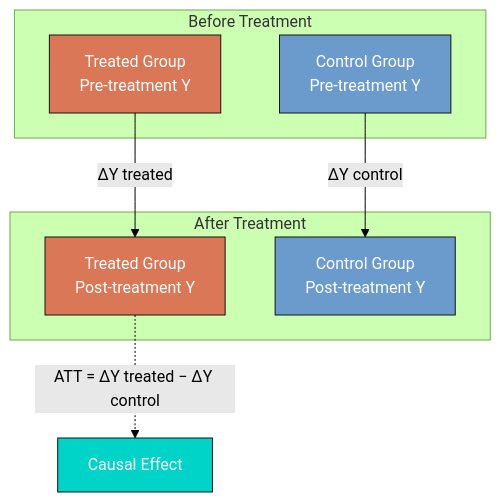
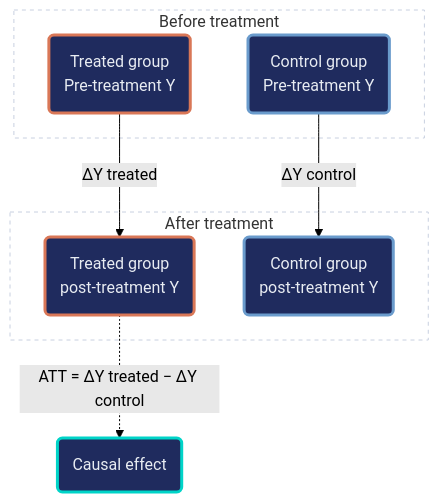
One commit to cmg777/starter-academic-v501 changed the diagram in content/post/r_did/tutorial.qmd. Above: the diagram before and after it, drawn with Mermaid (forest theme). The commit also changed other lines of this file and 42 other files, not shown here.

First line of the commit message:
content(mermaid): restyle Mermaid copies in tutorial sources and the LaLonde slide deck

````diff
--- a/content/post/r_did/tutorial.qmd
+++ b/content/post/r_did/tutorial.qmd
@@ -199,19 +199,22 @@
 ```{mermaid}
 graph TD
-    subgraph "Before Treatment"
-        A["Treated Group<br/>Pre-treatment Y"]
-        B["Control Group<br/>Pre-treatment Y"]
+    subgraph SG1["Before treatment"]
+        A("Treated group<br/>Pre-treatment Y")
+        B("Control group<br/>Pre-treatment Y")
     end
-    subgraph "After Treatment"
-        C["Treated Group<br/>Post-treatment Y"]
-        D["Control Group<br/>Post-treatment Y"]
+    subgraph SG2["After treatment"]
+        C("Treated group<br/>post-treatment Y")
+        D("Control group<br/>post-treatment Y")
     end
     A -->|"ΔY treated"| C
     B -->|"ΔY control"| D
-    C -.->|"ATT = ΔY treated − ΔY control"| E["Causal Effect"]
-    style A fill:#d97757,stroke:#141413,color:#fff
-    style C fill:#d97757,stroke:#141413,color:#fff
-    style B fill:#6a9bcc,stroke:#141413,color:#fff
-    style D fill:#6a9bcc,stroke:#141413,color:#fff
-    style E fill:#00d4c8,stroke:#141413,color:#fff
+    C -.->|"ATT = ΔY treated − ΔY control"| E("Causal effect")
+    style SG1 fill:none,stroke:#c8d0e0,stroke-width:1px,stroke-dasharray:4 4
+    style SG2 fill:none,stroke:#c8d0e0,stroke-width:1px,stroke-dasharray:4 4
+    classDef orange fill:#1f2b5e,stroke:#d97757,stroke-width:3px,color:#e8ecf2
+    classDef blue fill:#1f2b5e,stroke:#6a9bcc,stroke-width:3px,color:#e8ecf2
+    classDef teal fill:#1f2b5e,stroke:#00d4c8,stroke-width:3px,color:#e8ecf2
+    class A,C orange
+    class B,D blue
+    class E teal
 ```
````
